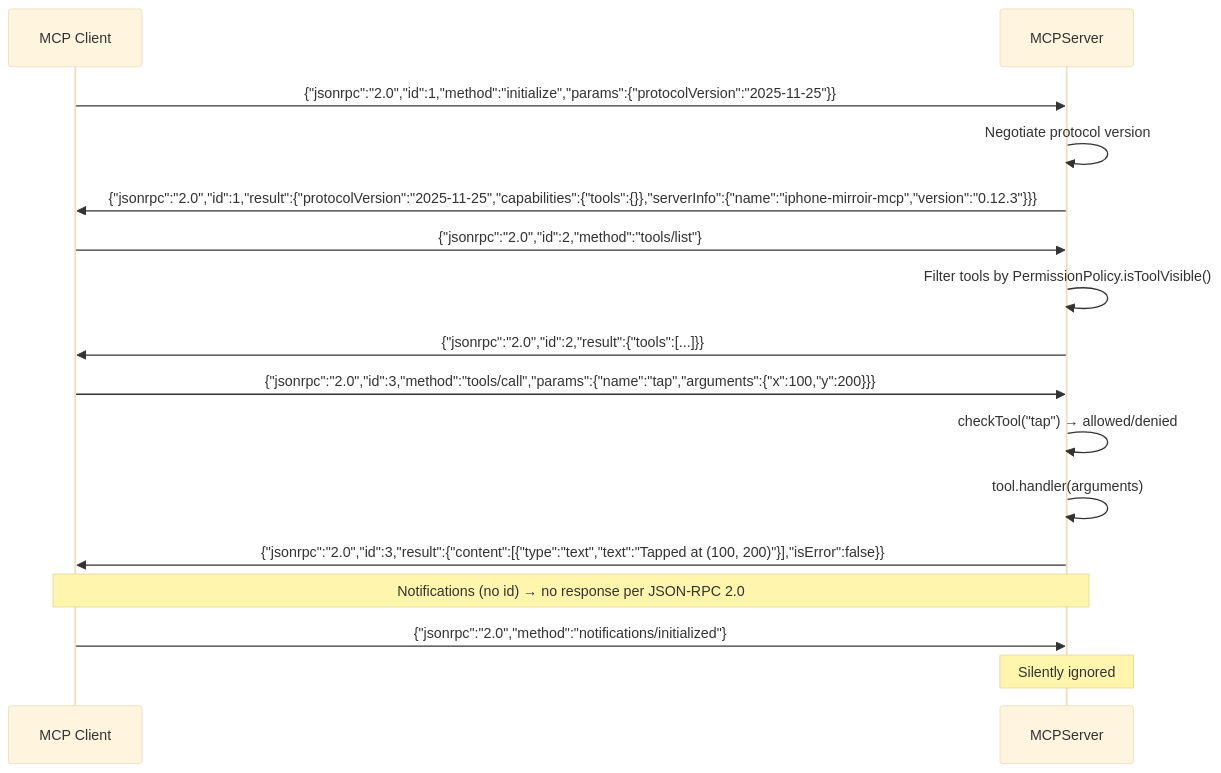
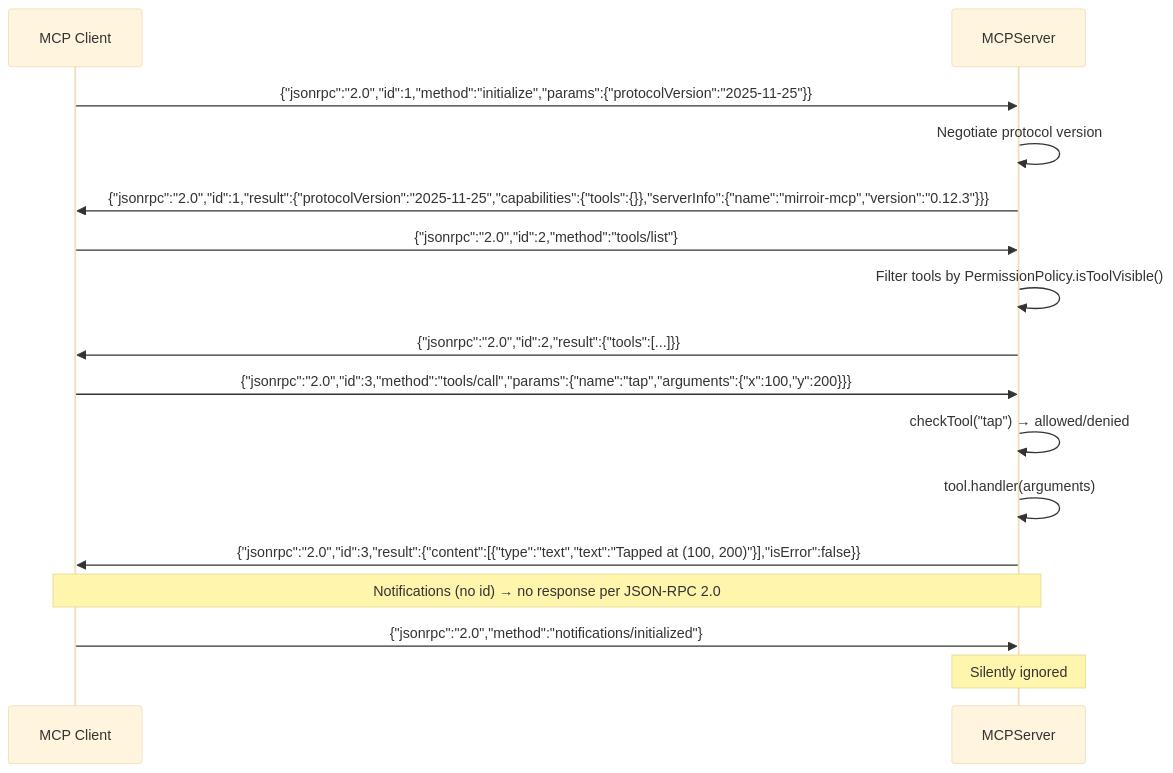
The third of 12 diagrams in docs/architecture.md (jfarcand/iphone-mirroir-mcp), drawn with Mermaid (base theme) before and after one commit. The commit also changed other lines of this file and 129 other files, not shown here.

Commit message:
refactor: rename iphone-mirroir-mcp to mirroir-mcp

````diff
--- a/docs/architecture.md
+++ b/docs/architecture.md
@@ -187,22 +187,22 @@
 ```mermaid
 sequenceDiagram
     participant Client as MCP Client
     participant Server as MCPServer
 
     Client->>Server: {"jsonrpc":"2.0","id":1,"method":"initialize","params":{"protocolVersion":"2025-11-25"}}
     Server->>Server: Negotiate protocol version
-    Server->>Client: {"jsonrpc":"2.0","id":1,"result":{"protocolVersion":"2025-11-25","capabilities":{"tools":{}},"serverInfo":{"name":"iphone-mirroir-mcp","version":"0.12.3"}}}
+    Server->>Client: {"jsonrpc":"2.0","id":1,"result":{"protocolVersion":"2025-11-25","capabilities":{"tools":{}},"serverInfo":{"name":"mirroir-mcp","version":"0.12.3"}}}
 
     Client->>Server: {"jsonrpc":"2.0","id":2,"method":"tools/list"}
     Server->>Server: Filter tools by PermissionPolicy.isToolVisible()
     Server->>Client: {"jsonrpc":"2.0","id":2,"result":{"tools":[...]}}
 
     Client->>Server: {"jsonrpc":"2.0","id":3,"method":"tools/call","params":{"name":"tap","arguments":{"x":100,"y":200}}}
     Server->>Server: checkTool("tap") → allowed/denied
     Server->>Server: tool.handler(arguments)
     Server->>Client: {"jsonrpc":"2.0","id":3,"result":{"content":[{"type":"text","text":"Tapped at (100, 200)"}],"isError":false}}
 
     Note over Client,Server: Notifications (no id) → no response per JSON-RPC 2.0
     Client->>Server: {"jsonrpc":"2.0","method":"notifications/initialized"}
     Note over Server: Silently ignored
 ```
````
